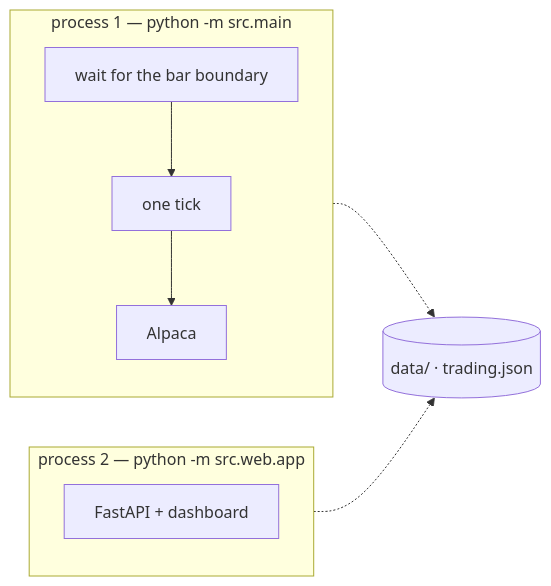
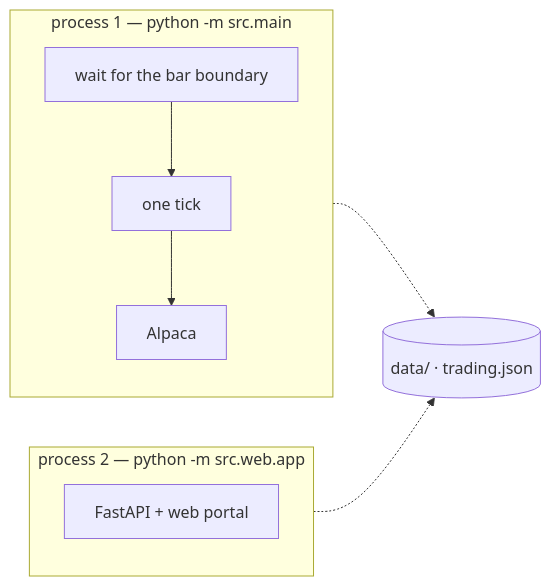
Before and after one commit to hi77er/traider: the first of 2 diagrams in README.md, drawn with Mermaid. The commit also changed other lines of this file and 87 other files, not shown here.

First line of the commit message:
Add the instrument automation, the session chart, the screener lists, and arming on an open position

````diff
--- a/README.md
+++ b/README.md
@@ -78,11 +78,11 @@
 ```mermaid
 flowchart LR
     subgraph loop["process 1 — python -m src.main"]
         A[wait for the bar boundary] --> T[one tick] --> B[Alpaca]
     end
     subgraph dash["process 2 — python -m src.web.app"]
-        W[FastAPI + dashboard]
+        W[FastAPI + web portal]
     end
     loop -.-> F[("data/ · trading.json")]
     dash -.-> F
 ```
````
